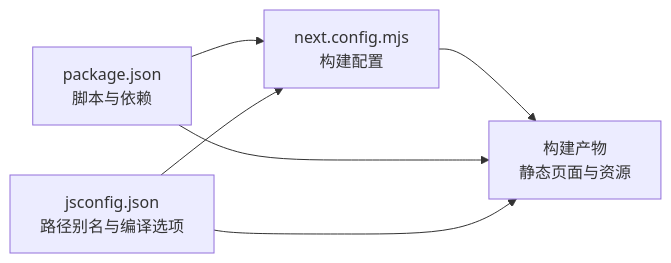
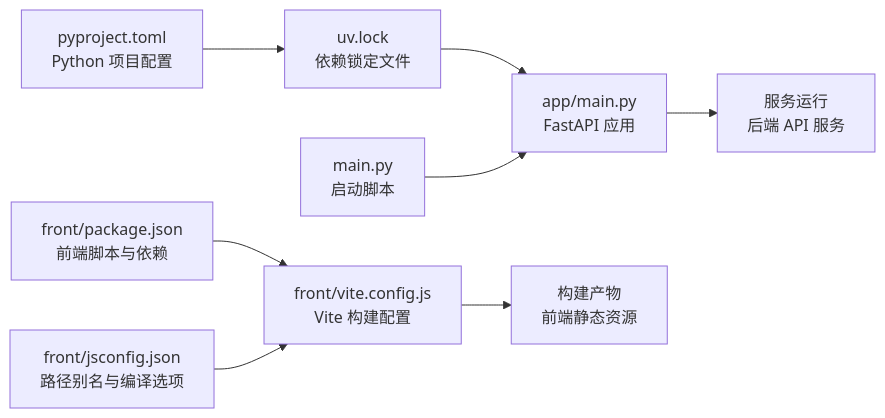
One commit to marvin9551/InsightMesh changed the third of 3 diagrams in .qoder/repowiki/zh/content/部署与运维/构建配置.md. Above: the diagram before and after it, drawn with Mermaid. The commit also changed other lines of this file and 10 other files, not shown here.

````diff
--- a/.qoder/repowiki/zh/content/部署与运维/构建配置.md
+++ b/.qoder/repowiki/zh/content/部署与运维/构建配置.md
@@ -179,8 +232,10 @@
 ```mermaid
 graph LR
-P["package.json<br/>脚本与依赖"] --> N["next.config.mjs<br/>构建配置"]
-J["jsconfig.json<br/>路径别名与编译选项"] --> N
-N --> O["构建产物<br/>静态页面与资源"]
-P --> O
-J --> O
+P["front/package.json<br/>前端脚本与依赖"] --> V["front/vite.config.js<br/>Vite 构建配置"]
+J["front/jsconfig.json<br/>路径别名与编译选项"] --> V
+T["pyproject.toml<br/>Python 项目配置"] --> L["uv.lock<br/>依赖锁定文件"]
+L --> A["app/main.py<br/>FastAPI 应用"]
+M["main.py<br/>启动脚本"] --> A
+V --> O["构建产物<br/>前端静态资源"]
+A --> S["服务运行<br/>后端 API 服务"]
 ```
````
